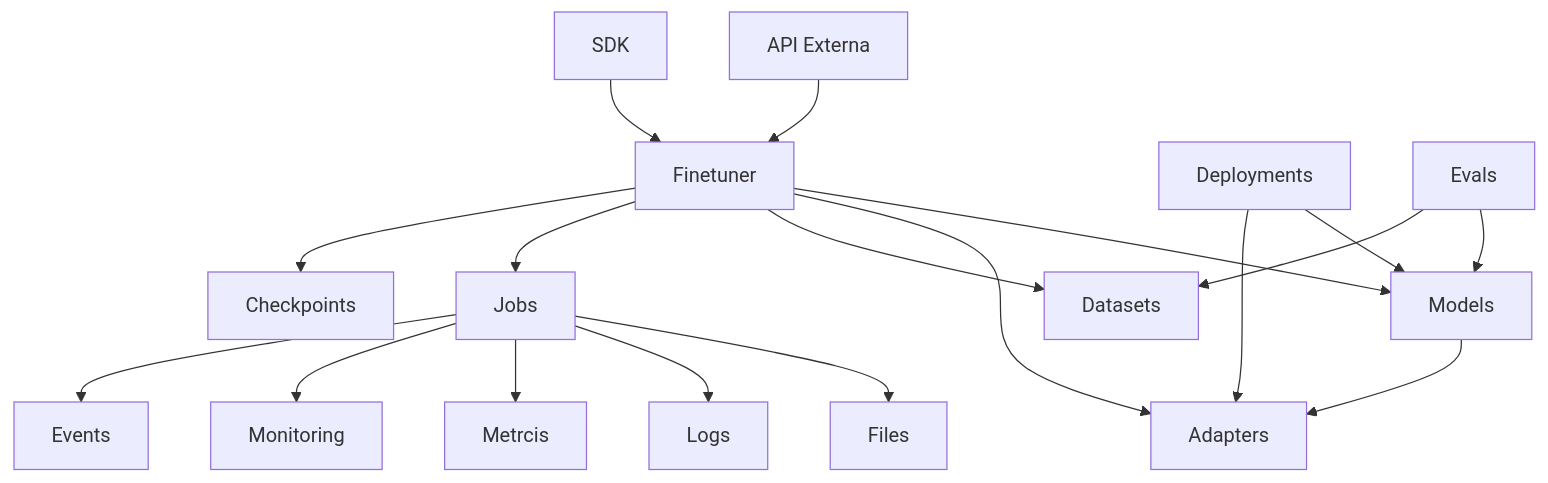
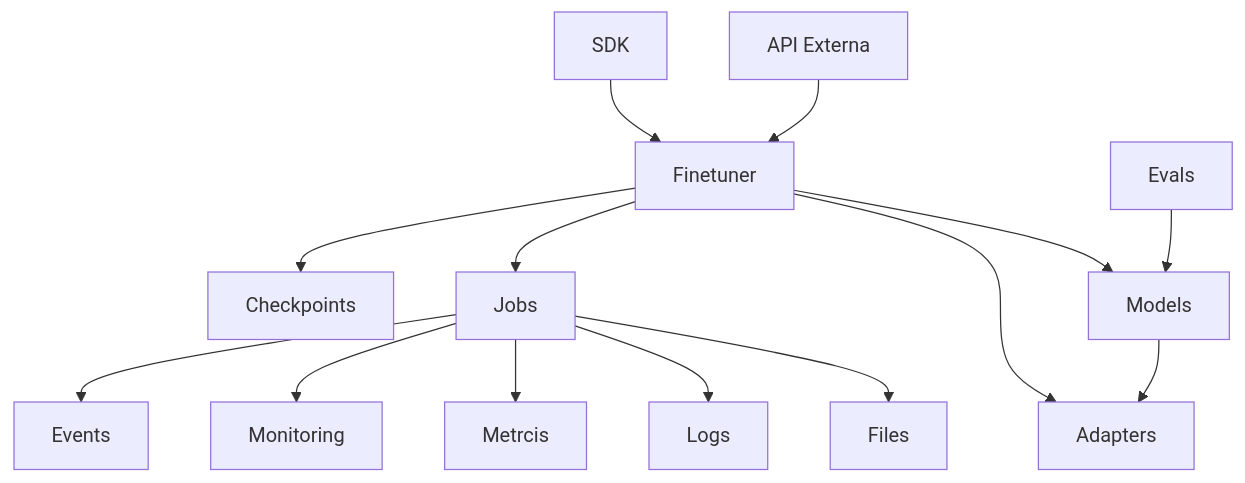
Before and after one commit to ghmbegerez/GXFTSpec: the first of 3 diagrams in spec.md, drawn with Mermaid. The commit also changed other lines of this file and 25 other files, not shown here.

````diff
--- a/spec.md
+++ b/spec.md
@@ -253,20 +241,16 @@
 ```mermaid
 graph TD
     A[API Externa] --> B[FineTuner]
     C[SDK] --> B[FineTuner]
-    F[Deployments] --> E[Models]
-    F[Deployments] --> M[Adapters]
     O[Evals] --> E[Models]
-    O[Evals] --> D[Datasets]
     B[Finetuner] --> E[Models]
     B[Finetuner] --> M[Adapters]
-    B[Finetuner] --> D[Datasets]
     B[Finetuner] --> G[Jobs]
     B[Finetuner] --> N[Checkpoints]
     E[Models] --> M[Adapters]
     G[Jobs] --> H[Files]
     G[Jobs] --> I[Logs]
     G[Jobs] --> J[Metrcis]
     G[Jobs] --> K[Monitoring]
     G[Jobs] --> L[Events]
 ```
````
